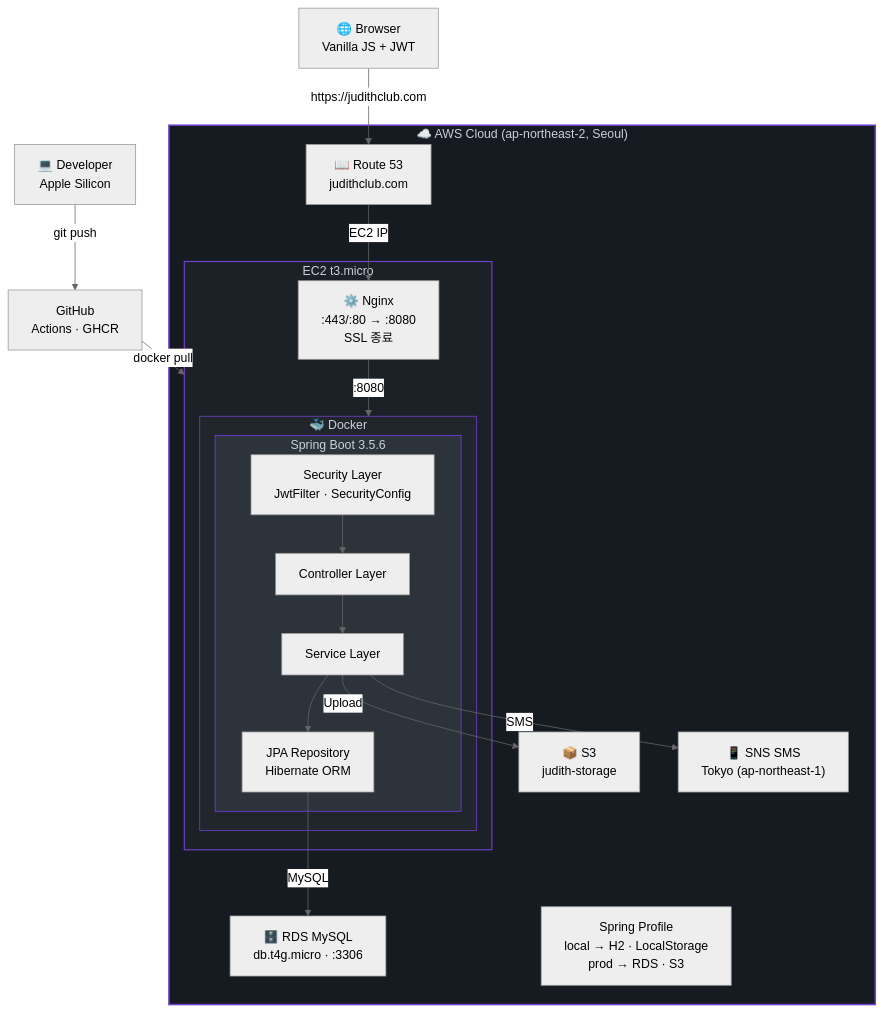
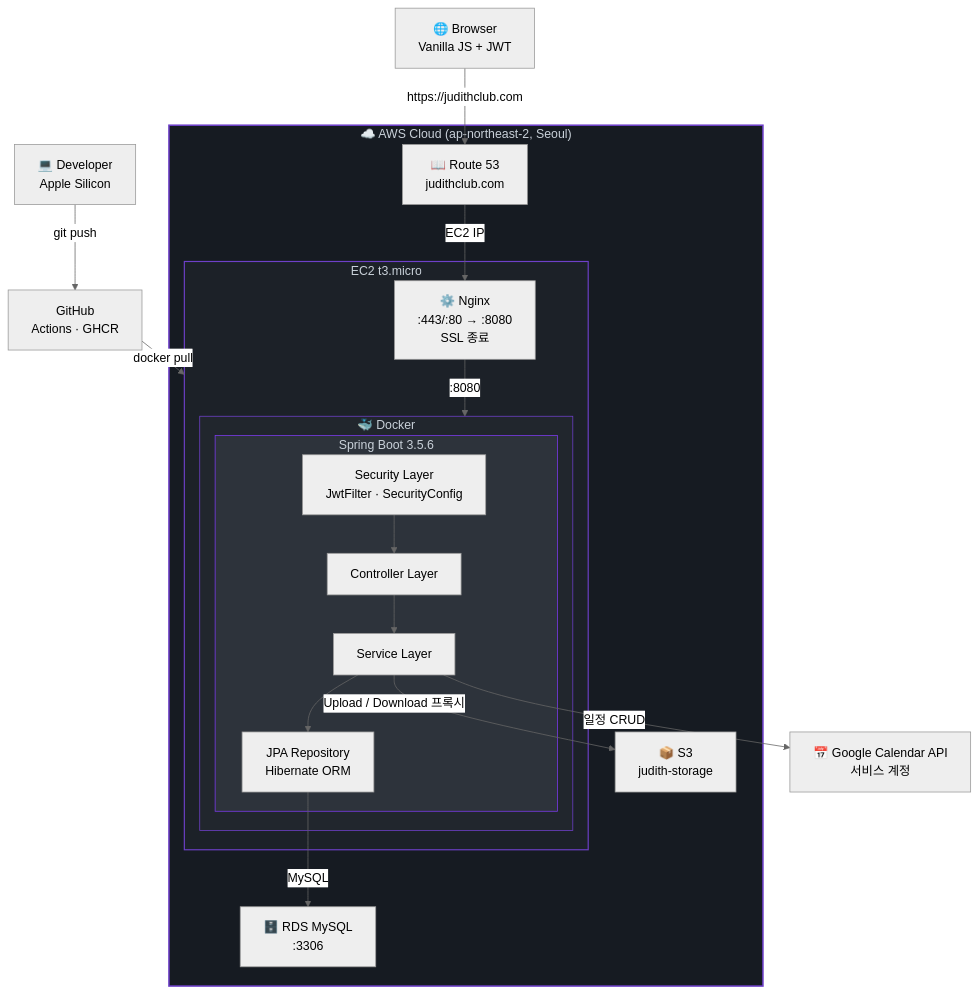
The first of 4 diagrams in README.md (Preta3418/Judith), drawn with Mermaid (neutral theme) before and after one commit. The commit also changed other lines of this file, not shown here.

````diff
--- a/README.md
+++ b/README.md
@@ -29,42 +65,42 @@
 ```mermaid
 graph TB
     Browser["🌐 Browser\nVanilla JS + JWT"]
     Dev["💻 Developer\nApple Silicon"]
     GitHub["GitHub\nActions · GHCR"]
     Route53["📖 Route 53\njudithclub.com"]
 
     Browser -->|"https://judithclub.com"| Route53
     Dev -->|"git push"| GitHub
     GitHub -->|"docker pull"| EC2
 
     subgraph AWS ["☁️ AWS Cloud (ap-northeast-2, Seoul)"]
         Route53 -->|"EC2 IP"| Nginx
         subgraph EC2 ["EC2 t3.micro"]
             Nginx["⚙️ Nginx\n:443/:80 → :8080\nSSL 종료"]
             subgraph Docker ["🐳 Docker"]
                 subgraph Spring ["Spring Boot 3.5.6"]
                     SEC["Security Layer\nJwtFilter · SecurityConfig"]
                     CTR["Controller Layer"]
                     SVC["Service Layer"]
                     REPO["JPA Repository\nHibernate ORM"]
                     SEC --> CTR --> SVC --> REPO
                 end
             end
         end
 
-        RDS["🗄️ RDS MySQL\ndb.t4g.micro · :3306"]
+        RDS["🗄️ RDS MySQL\n:3306"]
         S3["📦 S3\njudith-storage"]
-        SNS["📱 SNS SMS\nTokyo (ap-northeast-1)"]
-        PROFILE["Spring Profile\nlocal → H2 · LocalStorage\nprod  → RDS · S3"]
         Nginx -->|":8080"| Docker
     end
 
+    GCAL["📅 Google Calendar API\n서비스 계정"]
+
     REPO -->|MySQL| RDS
-    SVC -->|Upload| S3
-    SVC -->|SMS| SNS
+    SVC -->|Upload / Download 프록시| S3
+    SVC -->|일정 CRUD| GCAL
 
     style AWS fill:#161b22,stroke:#6e40c9,stroke-width:2px,color:#c9d1d9
     style EC2 fill:#1c2128,stroke:#6e40c9,stroke-width:1.5px,color:#c9d1d9
     style Docker fill:#21262d,stroke:#6e40c9,stroke-width:1px,color:#c9d1d9
     style Spring fill:#2d333b,stroke:#7c3aed,stroke-width:1px,color:#c9d1d9
 ```
````
